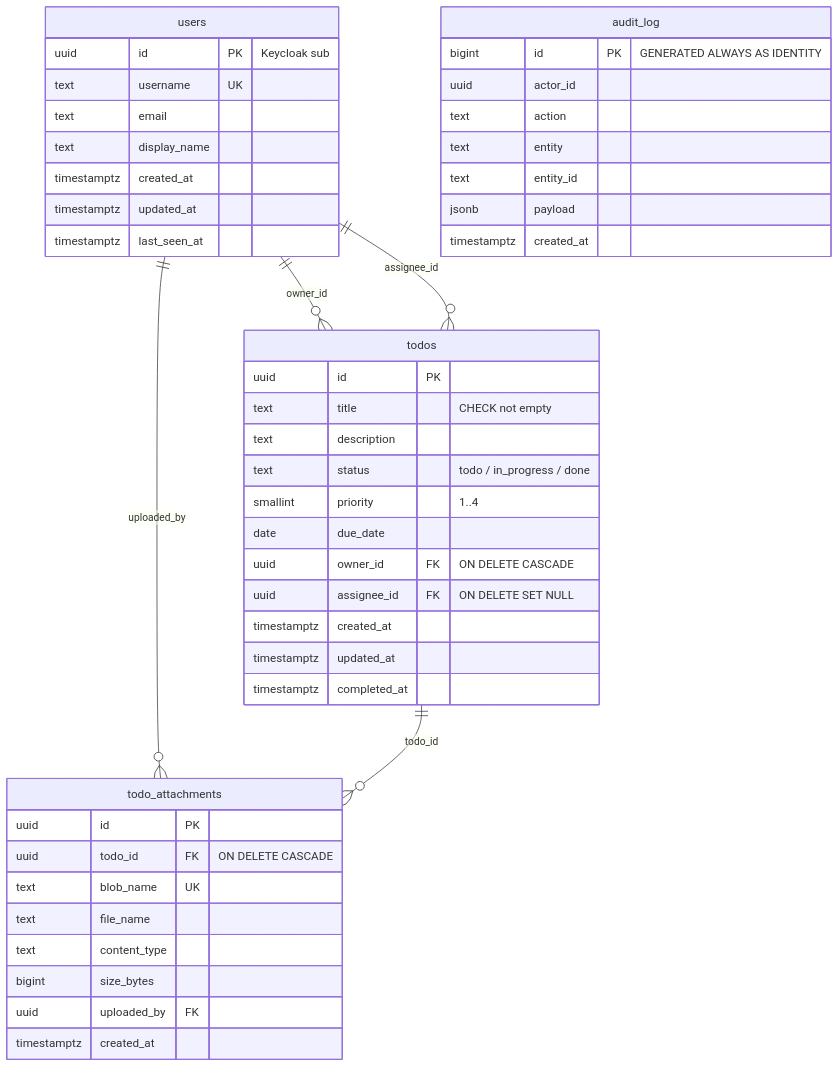
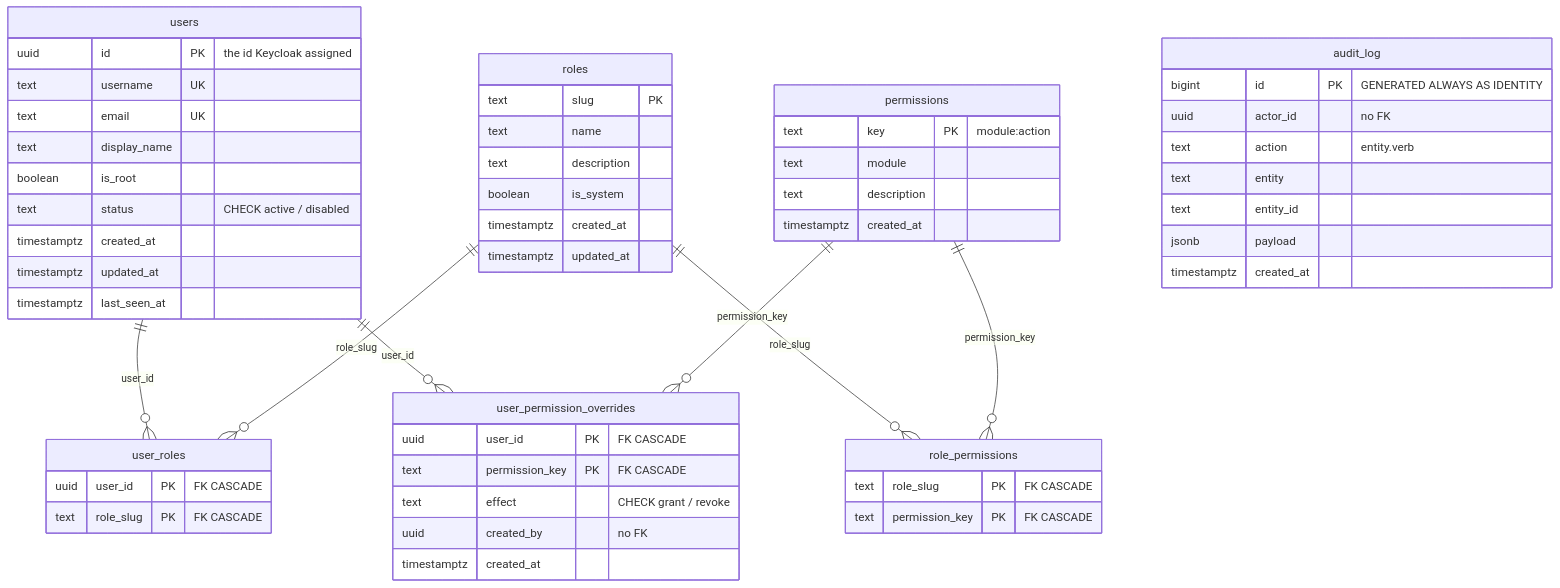
The second of 6 diagrams in docs/architecture.md (mapineda48/clavis), drawn with Mermaid before and after one commit. The commit also changed other lines of this file and 4 other files, not shown here.

````diff
--- a/docs/architecture.md
+++ b/docs/architecture.md
@@ -179,49 +239,59 @@
 ```mermaid
 erDiagram
-    users ||--o{ todos : "owner_id"
-    users ||--o{ todos : "assignee_id"
-    users ||--o{ todo_attachments : "uploaded_by"
-    todos ||--o{ todo_attachments : "todo_id"
+    users ||--o{ user_roles : "user_id"
+    roles ||--o{ user_roles : "role_slug"
+    roles ||--o{ role_permissions : "role_slug"
+    permissions ||--o{ role_permissions : "permission_key"
+    users ||--o{ user_permission_overrides : "user_id"
+    permissions ||--o{ user_permission_overrides : "permission_key"
 
     users {
-        uuid id PK "Keycloak sub"
+        uuid id PK "the id Keycloak assigned"
         text username UK
-        text email
+        text email UK
         text display_name
+        boolean is_root
+        text status "CHECK active / disabled"
         timestamptz created_at
         timestamptz updated_at
         timestamptz last_seen_at
     }
-    todos {
-        uuid id PK
-        text title "CHECK not empty"
+    permissions {
+        text key PK "module:action"
+        text module
         text description
-        text status "todo / in_progress / done"
-        smallint priority "1..4"
-        date due_date
-        uuid owner_id FK "ON DELETE CASCADE"
-        uuid assignee_id FK "ON DELETE SET NULL"
+        timestamptz created_at
+    }
+    roles {
+        text slug PK
+        text name
+        text description
+        boolean is_system
         timestamptz created_at
         timestamptz updated_at
-        timestamptz completed_at
     }
-    todo_attachments {
-        uuid id PK
-        uuid todo_id FK "ON DELETE CASCADE"
-        text blob_name UK
-        text file_name
-        text content_type
-        bigint size_bytes
-        uuid uploaded_by FK
+    role_permissions {
+        text role_slug PK "FK CASCADE"
+        text permission_key PK "FK CASCADE"
+    }
+    user_roles {
+        uuid user_id PK "FK CASCADE"
+        text role_slug PK "FK CASCADE"
+    }
+    user_permission_overrides {
+        uuid user_id PK "FK CASCADE"
+        text permission_key PK "FK CASCADE"
+        text effect "CHECK grant / revoke"
+        uuid created_by "no FK"
         timestamptz created_at
     }
     audit_log {
         bigint id PK "GENERATED ALWAYS AS IDENTITY"
-        uuid actor_id
-        text action
+        uuid actor_id "no FK"
+        text action "entity.verb"
         text entity
         text entity_id
         jsonb payload
         timestamptz created_at
     }
 ```
````
